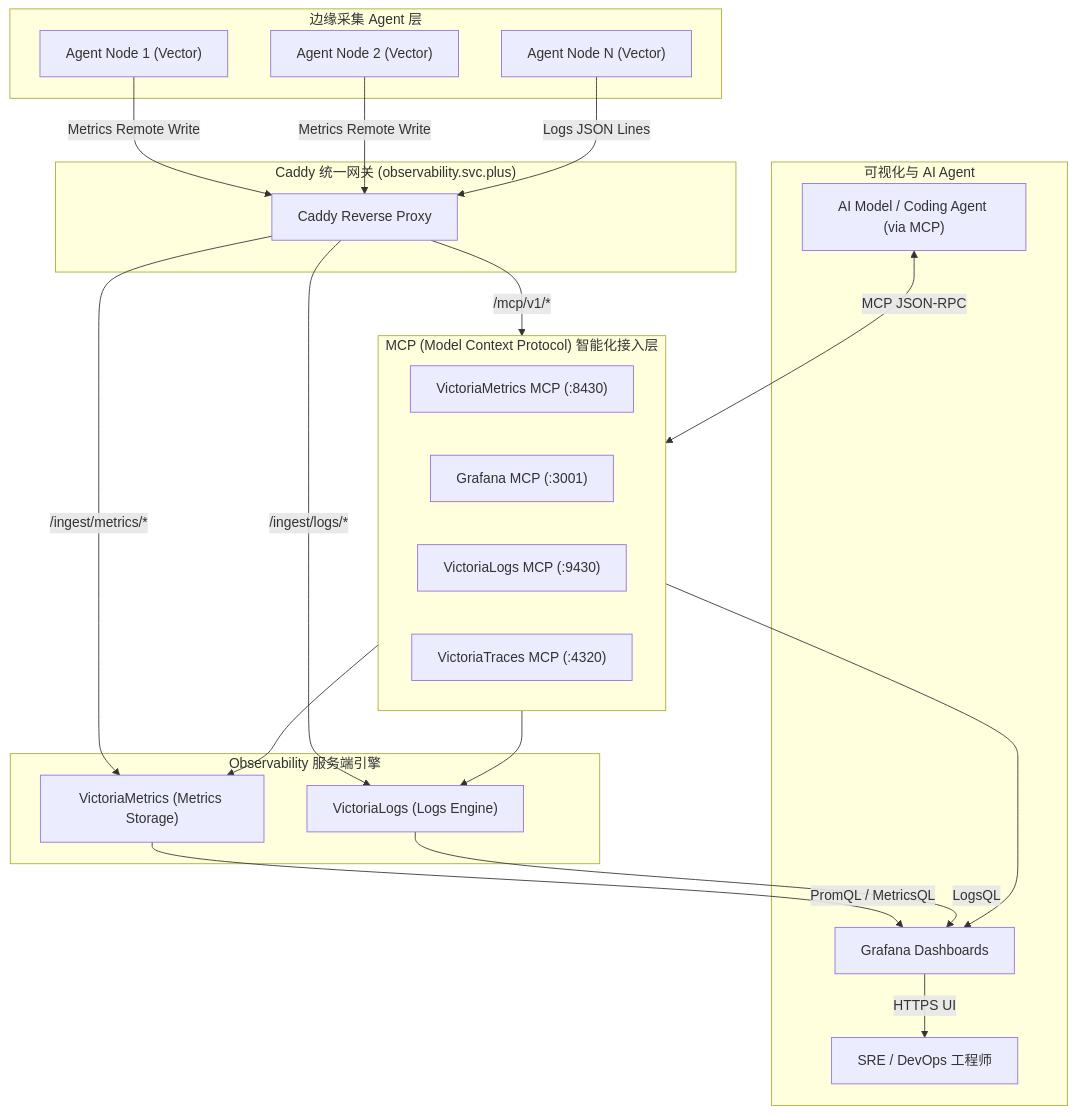
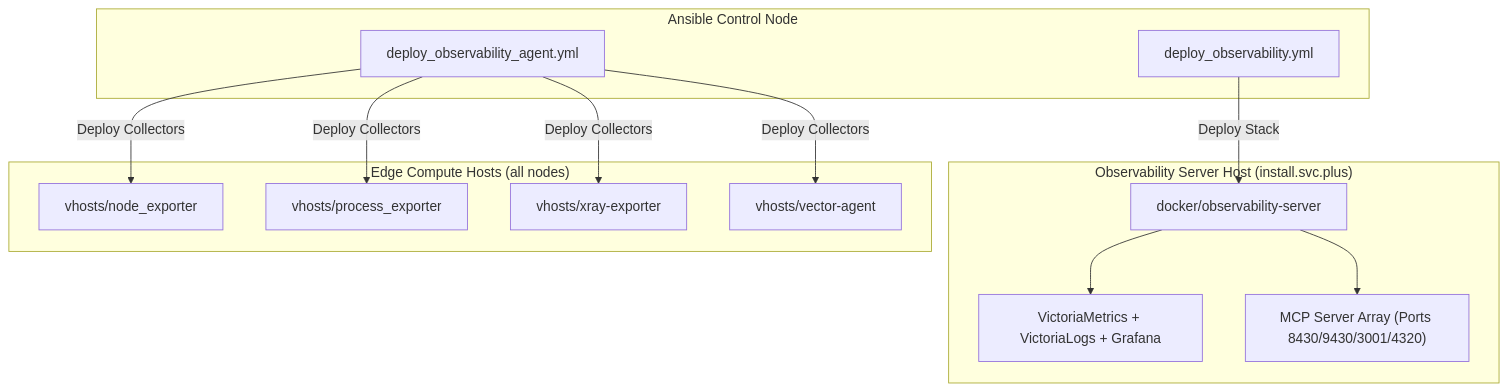
One commit to Cloud-Neutral-Workshop/knowledge changed the first of 2 diagrams in content/03-observability/observability-server-core.zh.md. Above: the diagram before and after it, drawn with Mermaid. The commit also changed other lines of this file and 1 other file, not shown here.

Commit message:
docs(observability): update observability server core article with 4-MCP AIOps incident post-mortem (zh & en)

````diff
--- a/content/03-observability/observability-server-core.zh.md
+++ b/content/03-observability/observability-server-core.zh.md
@@ -85,48 +55,29 @@
 ```mermaid
-flowchart TD
-    subgraph Agents ["边缘采集 Agent 层"]
-        V1["Agent Node 1 (Vector)"]
-        V2["Agent Node 2 (Vector)"]
-        VN["Agent Node N (Vector)"]
+graph TD
+    subgraph ControlPlane ["Ansible Control Node"]
+        P1["deploy_observability.yml"]
+        P2["deploy_observability_agent.yml"]
     end
 
-    subgraph ServerIngress ["Caddy 统一网关 (observability.svc.plus)"]
-        CADDY["Caddy Reverse Proxy"]
+    subgraph ServerTarget ["Observability Server Host (install.svc.plus)"]
+        R_Server["docker/observability-server"]
+        VM_Engine["VictoriaMetrics + VictoriaLogs + Grafana"]
+        MCP_Array["MCP Server Array (Ports 8430/9430/3001/4320)"]
     end
 
-    subgraph CoreEngine ["Observability 服务端引擎"]
-        VM["VictoriaMetrics (Metrics Storage)"]
-        VL["VictoriaLogs (Logs Engine)"]
+    subgraph AgentTargets ["Edge Compute Hosts (all nodes)"]
+        R_Node["vhosts/node_exporter"]
+        R_Proc["vhosts/process_exporter"]
+        R_Xray["vhosts/xray-exporter"]
+        R_Vector["vhosts/vector-agent"]
     end
 
-    subgraph MCPLayer ["MCP (Model Context Protocol) 智能化接入层"]
-        VM_MCP["VictoriaMetrics MCP (:8430)"]
-        GRAFANA_MCP["Grafana MCP (:3001)"]
-        VL_MCP["VictoriaLogs MCP (:9430)"]
-        VT_MCP["VictoriaTraces MCP (:4320)"]
-    end
+    P1 -->|Deploy Stack| R_Server
+    R_Server --> VM_Engine
+    R_Server --> MCP_Array
 
-    subgraph Visualization ["可视化与 AI Agent"]
-        GRAFANA["Grafana Dashboards"]
-        AI_AGENT["AI Model / Coding Agent (via MCP)"]
-        USERS["SRE / DevOps 工程师"]
-    end
-
-    V1 -->|Metrics Remote Write| CADDY
-    V2 -->|Metrics Remote Write| CADDY
-    VN -->|Logs JSON Lines| CADDY
-
-    CADDY -->|/ingest/metrics/*| VM
-    CADDY -->|/ingest/logs/*| VL
-    CADDY -->|/mcp/v1/*| MCPLayer
-
-    MCPLayer --> VM
-    MCPLayer --> VL
-    MCPLayer --> GRAFANA
-
-    VM -->|PromQL / MetricsQL| GRAFANA
-    VL -->|LogsQL| GRAFANA
-
-    GRAFANA -->|HTTPS UI| USERS
-    AI_AGENT <-->|MCP JSON-RPC| MCPLayer
+    P2 -->|Deploy Collectors| R_Node
+    P2 -->|Deploy Collectors| R_Proc
+    P2 -->|Deploy Collectors| R_Xray
+    P2 -->|Deploy Collectors| R_Vector
 ```
````
